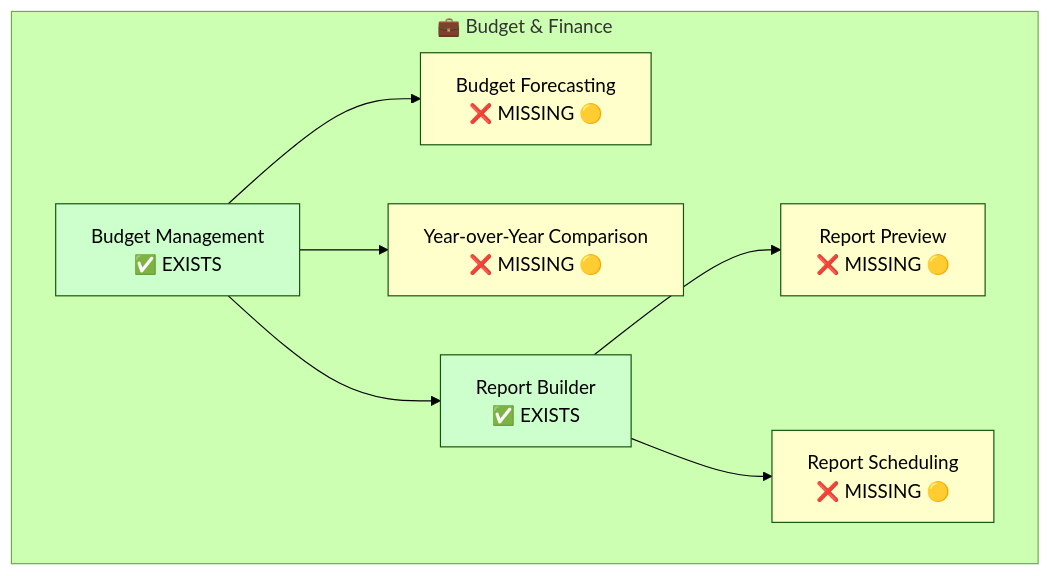
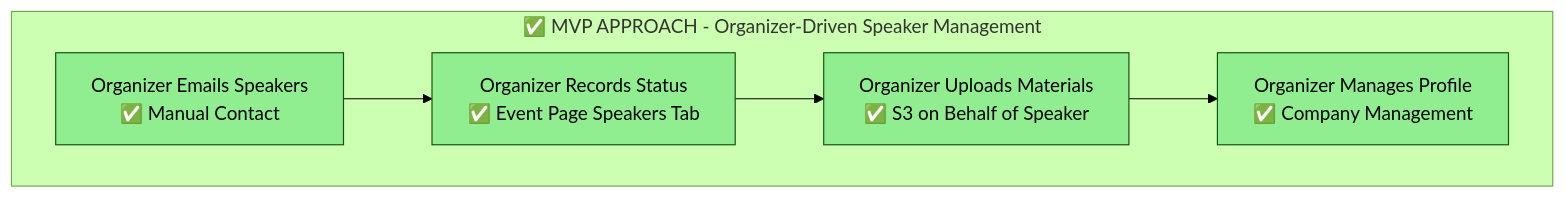
Diagram 13 of 28 in docs/wireframes/sitemap-mermaid.md (nissimbuchs/BATbern2), drawn with Mermaid (forest theme) before and after one commit. The commit also changed other lines of this file and 1008 other files, not shown here.

````diff
--- a/docs/wireframes/sitemap-mermaid.md
+++ b/docs/wireframes/sitemap-mermaid.md
@@ -338,24 +422,18 @@
 ```mermaid
 graph TB
-    subgraph "💼 Budget & Finance"
-        BudgetMgmt[Budget Management<br/>✅ EXISTS]
-        Forecasting[Budget Forecasting<br/>❌ MISSING 🟡]
-        YoYComp[Year-over-Year Comparison<br/>❌ MISSING 🟡]
-        ReportBuilder[Report Builder<br/>✅ EXISTS]
-        ReportPreview[Report Preview<br/>❌ MISSING 🟡]
-        ReportSchedule[Report Scheduling<br/>❌ MISSING 🟡]
+    subgraph "✅ MVP APPROACH - Organizer-Driven Speaker Management"
+        OrgEmail[Organizer Emails Speakers<br/>✅ Manual Contact]
+        OrgRecords[Organizer Records Status<br/>✅ Event Page Speakers Tab]
+        OrgUploads[Organizer Uploads Materials<br/>✅ S3 on Behalf of Speaker]
+        OrgManages[Organizer Manages Profile<br/>✅ Company Management]
     end
 
-    BudgetMgmt --> Forecasting
-    BudgetMgmt --> YoYComp
-    BudgetMgmt --> ReportBuilder
-    ReportBuilder --> ReportPreview
-    ReportBuilder --> ReportSchedule
+    OrgEmail --> OrgRecords
+    OrgRecords --> OrgUploads
+    OrgUploads --> OrgManages
 
-    style BudgetMgmt fill:#ccffcc
-    style ReportBuilder fill:#ccffcc
-    style Forecasting fill:#ffffcc
-    style YoYComp fill:#ffffcc
-    style ReportPreview fill:#ffffcc
-    style ReportSchedule fill:#ffffcc
+    style OrgEmail fill:#90EE90
+    style OrgRecords fill:#90EE90
+    style OrgUploads fill:#90EE90
+    style OrgManages fill:#90EE90
 ```
````
